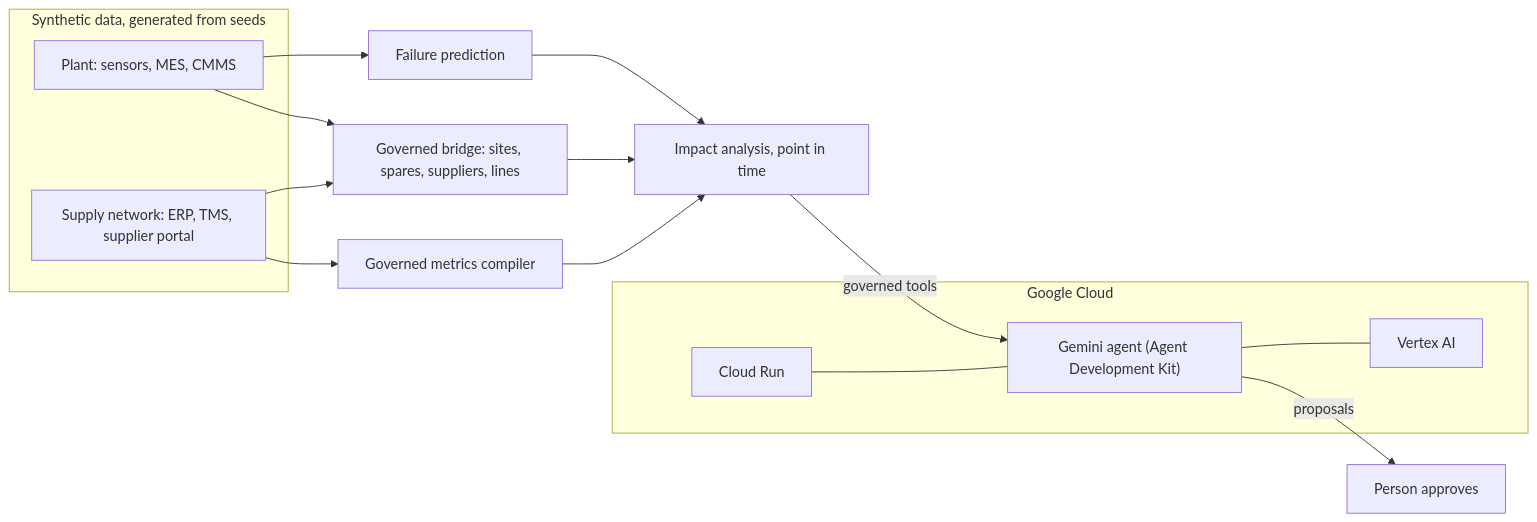
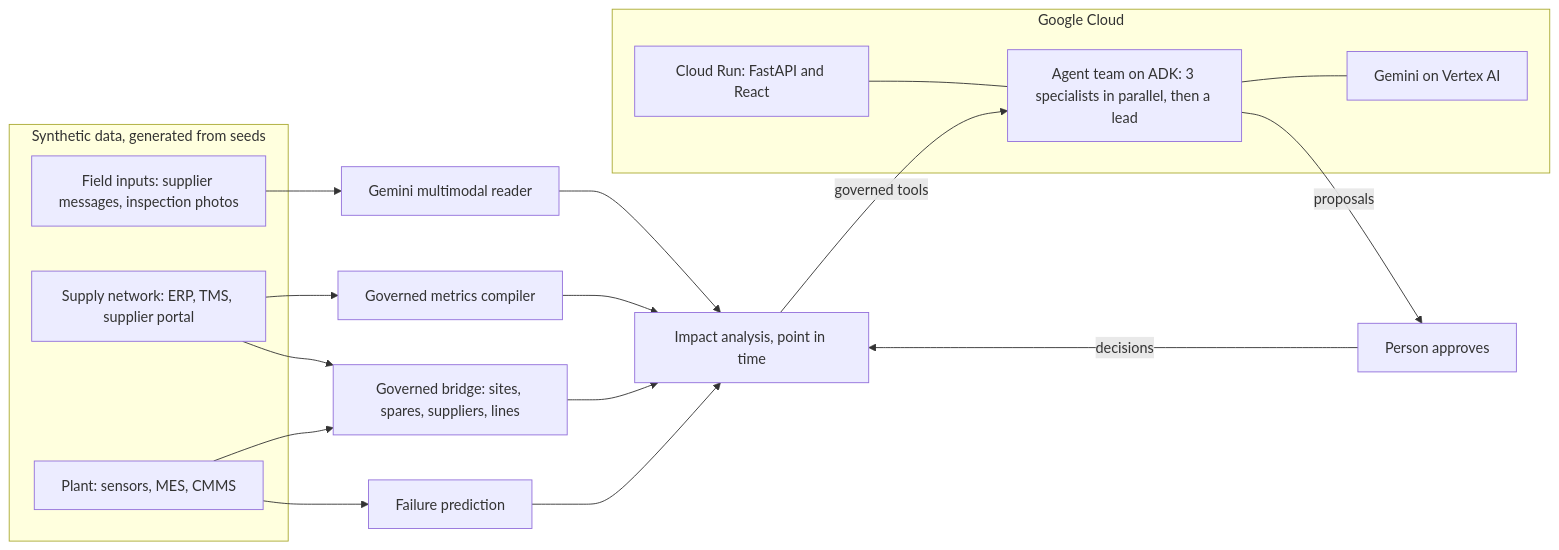
One commit to UttyWotty/ai_build_base_2026 changed the diagram in docs/SUBMISSION.md. Above: the diagram before and after it, drawn with Mermaid. The commit also changed other lines of this file and 8 other files, not shown here.

````diff
--- a/docs/SUBMISSION.md
+++ b/docs/SUBMISSION.md
@@ -83,23 +95,27 @@
 ```mermaid
 flowchart LR
   subgraph Data["Synthetic data, generated from seeds"]
     P["Plant: sensors, MES, CMMS"]
     S["Supply network: ERP, TMS, supplier portal"]
+    F["Field inputs: supplier messages, inspection photos"]
   end
   P --> M["Failure prediction"]
   P --> B["Governed bridge: sites, spares, suppliers, lines"]
   S --> B
+  S --> G["Governed metrics compiler"]
+  F --> R["Gemini multimodal reader"]
   M --> I["Impact analysis, point in time"]
   B --> I
-  S --> G["Governed metrics compiler"]
   G --> I
-  I -->|governed tools| A["Gemini agent (Agent Development Kit)"]
-  A -->|proposals| H["Person approves"]
+  R --> I
+  I -->|governed tools| T["Agent team on ADK: 3 specialists in parallel, then a lead"]
+  T -->|proposals| H["Person approves"]
+  H -->|decisions| I
   subgraph GCP["Google Cloud"]
-    A
-    V["Vertex AI"]
-    R["Cloud Run"]
+    T
+    V["Gemini on Vertex AI"]
+    C["Cloud Run: FastAPI and React"]
   end
-  A --- V
-  R --- A
+  T --- V
+  C --- T
 ```
````
